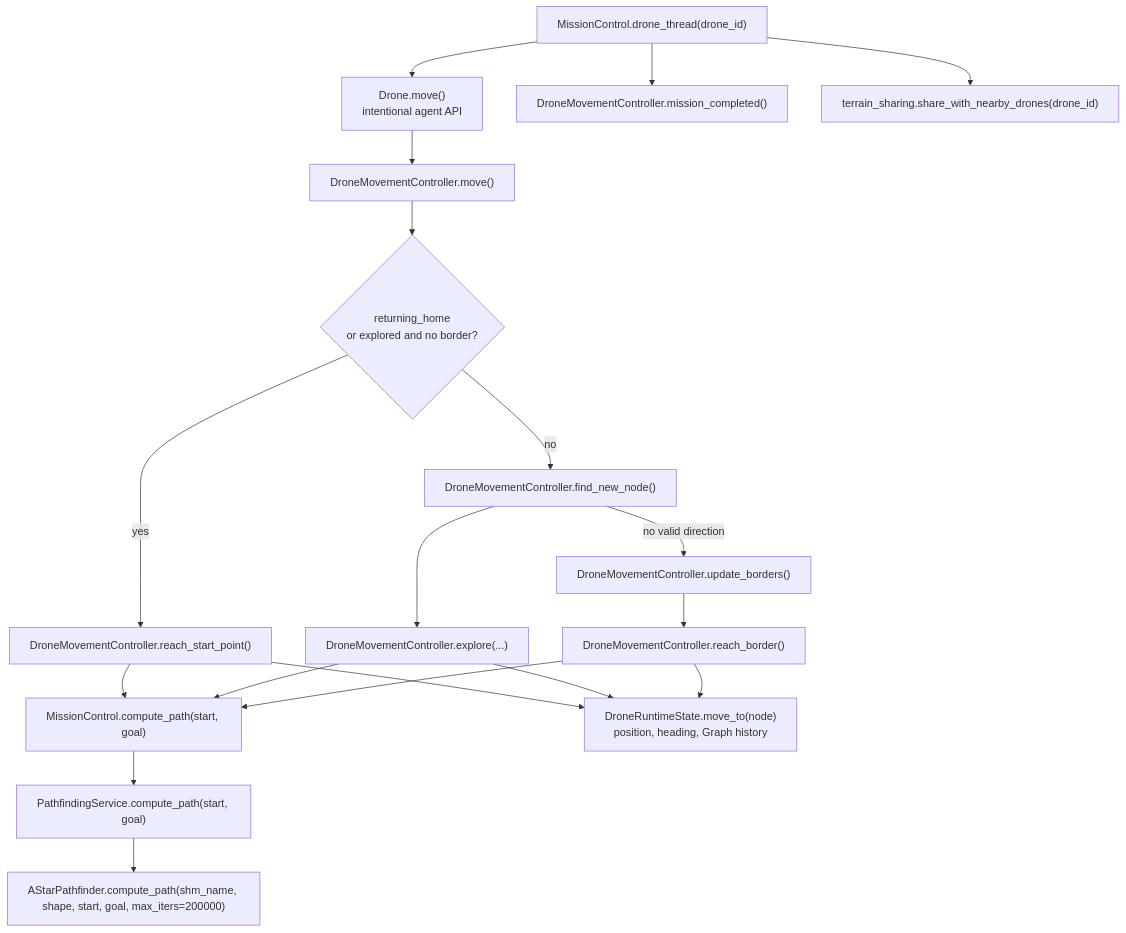
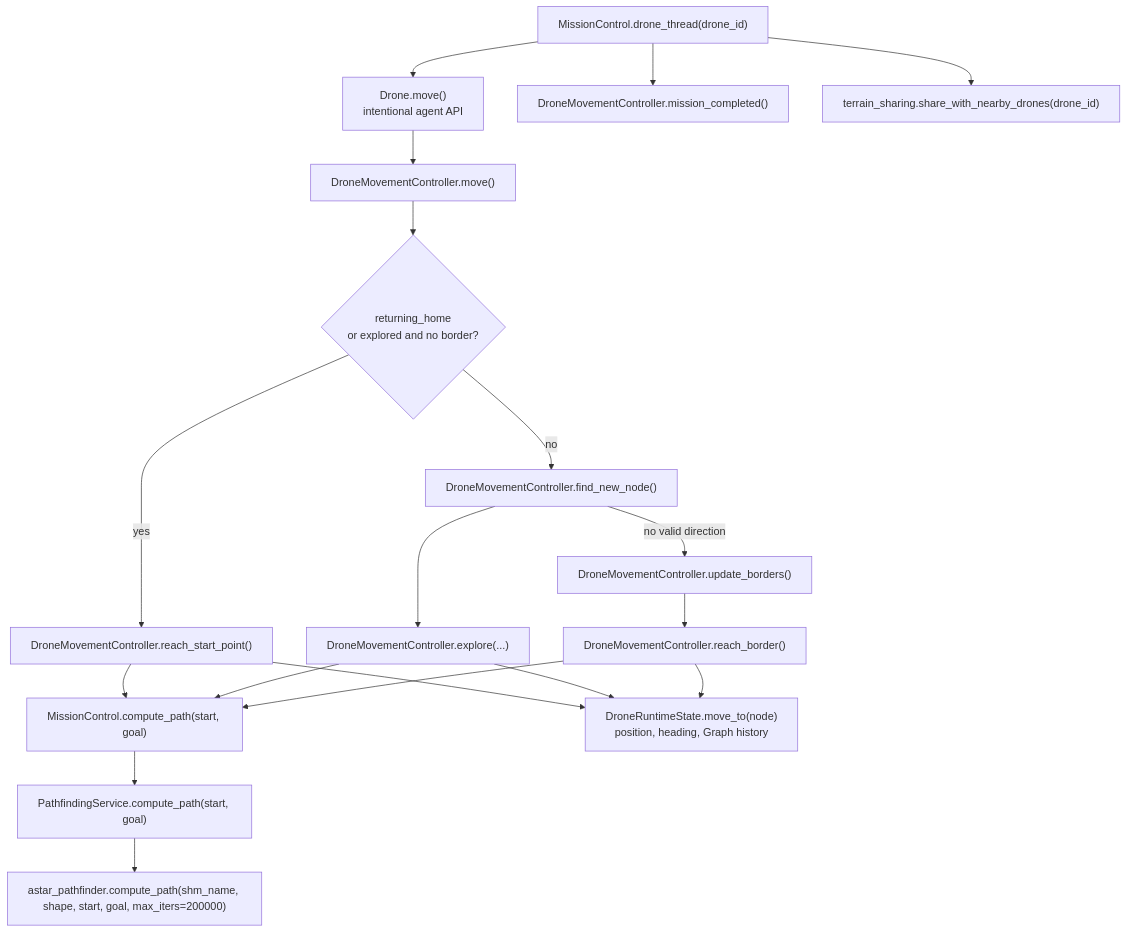
Before and after one commit to Gmark117/Cave_Game: the seventh of 14 diagrams in CODEFLOW.md, drawn with Mermaid. The commit also changed other lines of this file and 117 other files, not shown here.

````diff
--- a/CODEFLOW.md
+++ b/CODEFLOW.md
@@ -420,30 +420,30 @@
 ```mermaid
 flowchart TD
     Thread["MissionControl.drone_thread(drone_id)"]
     Move["Drone.move()<br/>intentional agent API"]
     Controller["DroneMovementController.move()"]
     Complete["DroneMovementController.mission_completed()"]
     Share["terrain_sharing.share_with_nearby_drones(drone_id)"]
     HomeCheck{"returning_home<br/>or explored and no border?"}
     Start["DroneMovementController.reach_start_point()"]
     Find["DroneMovementController.find_new_node()"]
     Explore["DroneMovementController.explore(...)"]
     UpdateBorders["DroneMovementController.update_borders()"]
     ReachBorder["DroneMovementController.reach_border()"]
     Path["MissionControl.compute_path(start, goal)"]
     Service["PathfindingService.compute_path(start, goal)"]
-    AStar["AStarPathfinder.compute_path(shm_name, shape, start, goal, max_iters=200000)"]
+    AStar["astar_pathfinder.compute_path(shm_name, shape, start, goal, max_iters=200000)"]
     Runtime["DroneRuntimeState.move_to(node)<br/>position, heading, Graph history"]
 
     Thread --> Complete
     Thread --> Move --> Controller
     Controller --> HomeCheck
     HomeCheck -->|"yes"| Start --> Path
     HomeCheck -->|"no"| Find --> Explore --> Path
     Find -->|"no valid direction"| UpdateBorders --> ReachBorder --> Path
     Path --> Service --> AStar
     Start --> Runtime
     Explore --> Runtime
     ReachBorder --> Runtime
     Thread --> Share
 ```
````
